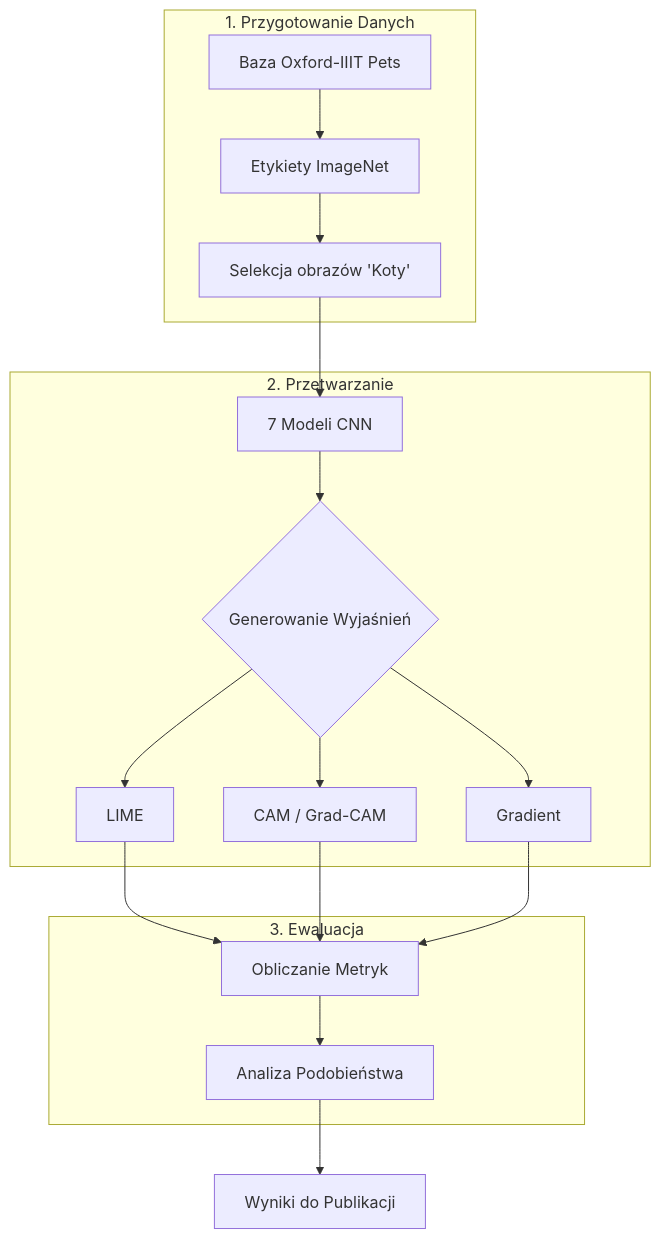
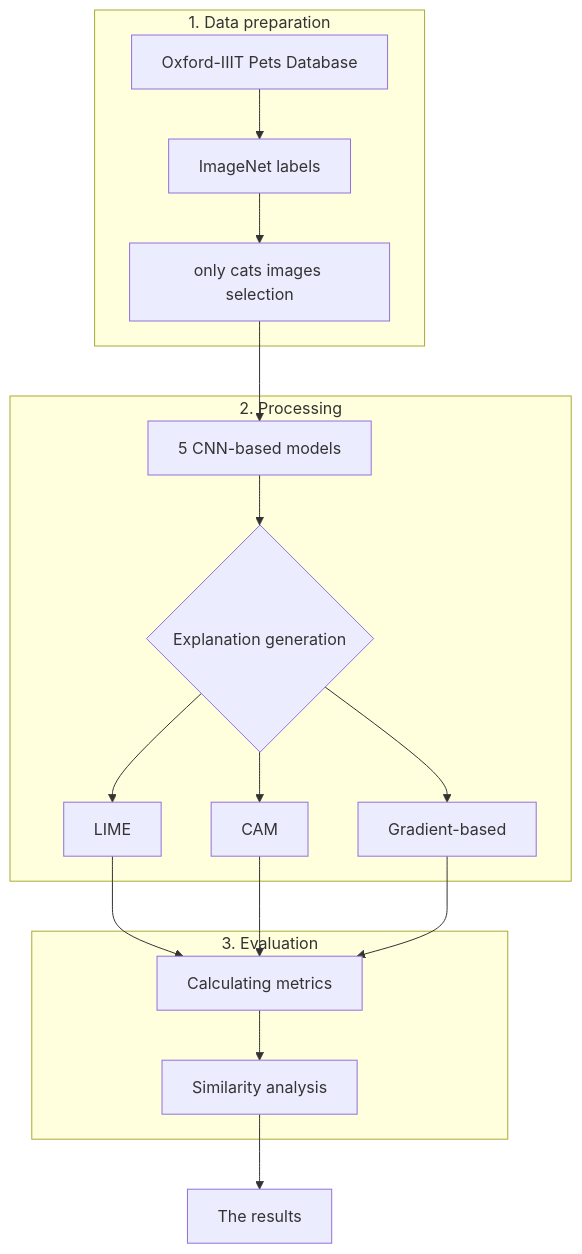
The diagram in README.md (JusMia/XAI_CAM_Gradient_LIME), drawn with Mermaid before and after one commit. The commit also changed other lines of this file, not shown here.

````diff
--- a/README.md
+++ b/README.md
@@ -8,22 +9,22 @@
 ```mermaid
 graph TD
-    subgraph "1. Przygotowanie Danych"
-    A[Baza Oxford-IIIT Pets] --> B[Etykiety ImageNet]
-    B --> C[Selekcja obrazów 'Koty']
+    subgraph "1. Data preparation"
+    A[Oxford-IIIT Pets Database] --> B[ImageNet labels]
+    B --> C[only cats images selection]
     end
 
-    subgraph "2. Przetwarzanie"
-    C --> D[7 Modeli CNN]
-    D --> E{Generowanie Wyjaśnień}
+    subgraph "2. Processing"
+    C --> D[5 CNN-based models]
+    D --> E{Explanation generation}
     E --> E1[LIME]
-    E --> E2[CAM / Grad-CAM]
-    E --> E3[Gradient]
+    E --> E2[CAM]
+    E --> E3[Gradient-based]
     end
 
-    subgraph "3. Ewaluacja"
-    E1 & E2 & E3 --> F[Obliczanie Metryk]
-    F --> G[Analiza Podobieństwa]
+    subgraph "3. Evaluation"
+    E1 & E2 & E3 --> F[Calculating metrics]
+    F --> G[Similarity analysis]
     end
 
-    G --> H[Wyniki do Publikacji]
+    G --> H[The results]
 ```
````
